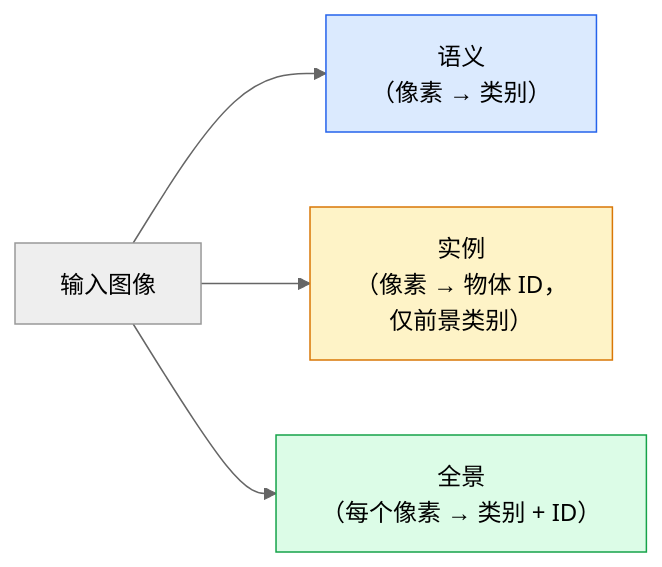
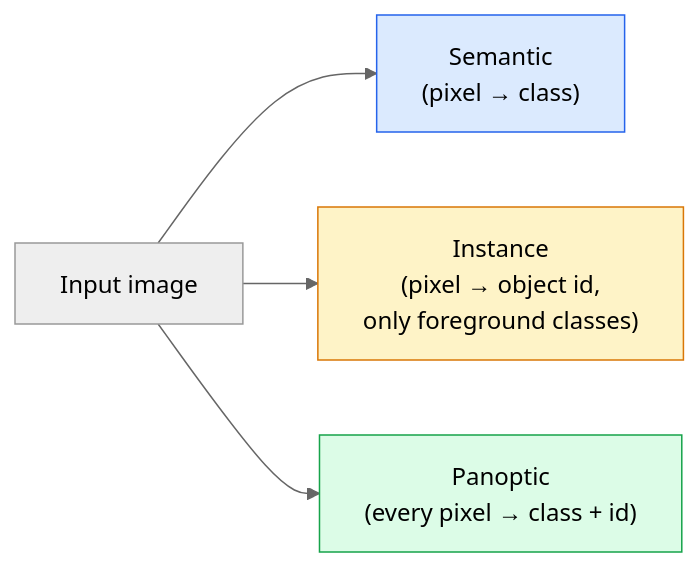
Before and after one commit to xiaojiaenen/ai-engineering-from-scratch-zh: the first of 2 diagrams in i18n/zh/phases/04-computer-vision/07-semantic-segmentation-unet/docs/zh.md, drawn with Mermaid (neutral theme). The commit also changed other lines of this file and 28 other files, not shown here.

````diff
--- a/i18n/zh/phases/04-computer-vision/07-semantic-segmentation-unet/docs/zh.md
+++ b/i18n/zh/phases/04-computer-vision/07-semantic-segmentation-unet/docs/zh.md
@@ -29,10 +29,10 @@
 ```mermaid
 flowchart LR
-    IN["输入图像"] --> SEM["语义<br/>（像素 → 类别）"]
-    IN --> INS["实例<br/>（像素 → 物体 ID，<br/>仅前景类别）"]
-    IN --> PAN["全景<br/>（每个像素 → 类别 + ID）"]
+    IN["Input image"] --> SEM["Semantic<br/>(pixel → class)"]
+    IN --> INS["Instance<br/>(pixel → object id,<br/>only foreground classes)"]
+    IN --> PAN["Panoptic<br/>(every pixel → class + id)"]
 
     style SEM fill:#dbeafe,stroke:#2563eb
     style INS fill:#fef3c7,stroke:#d97706
     style PAN fill:#dcfce7,stroke:#16a34a
 ```
````
